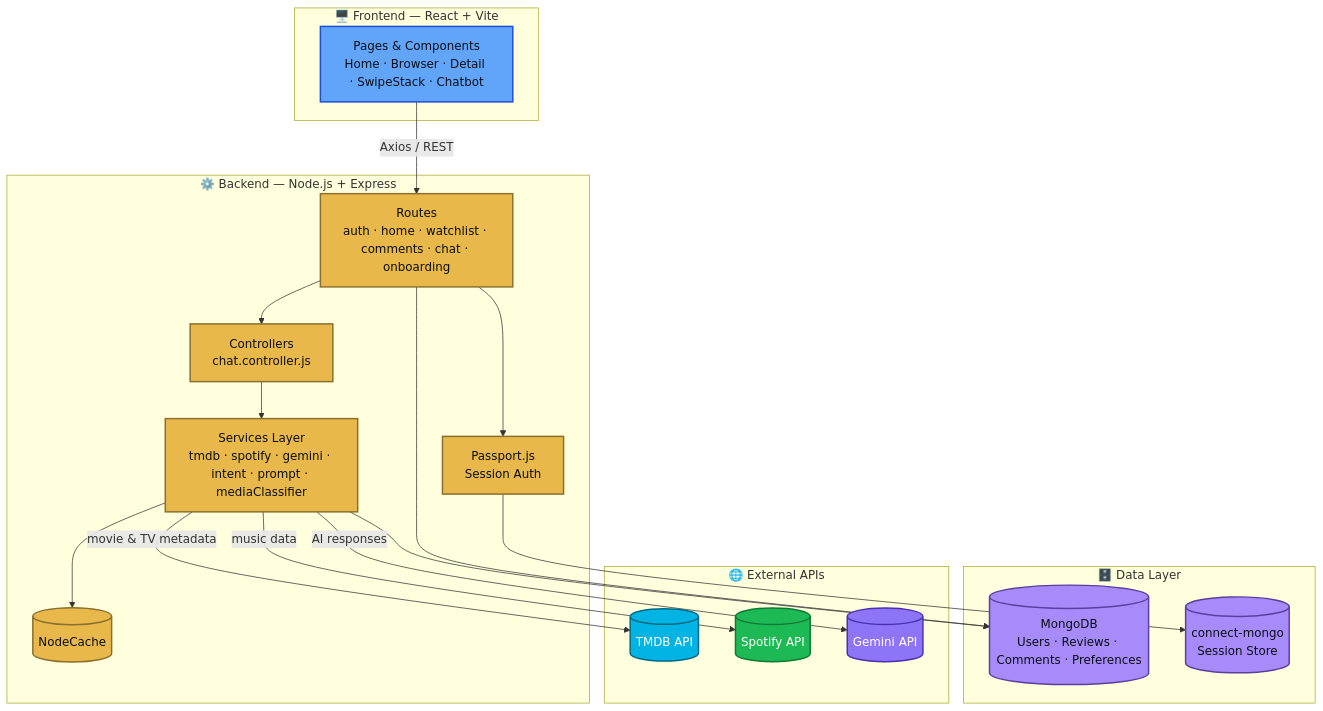
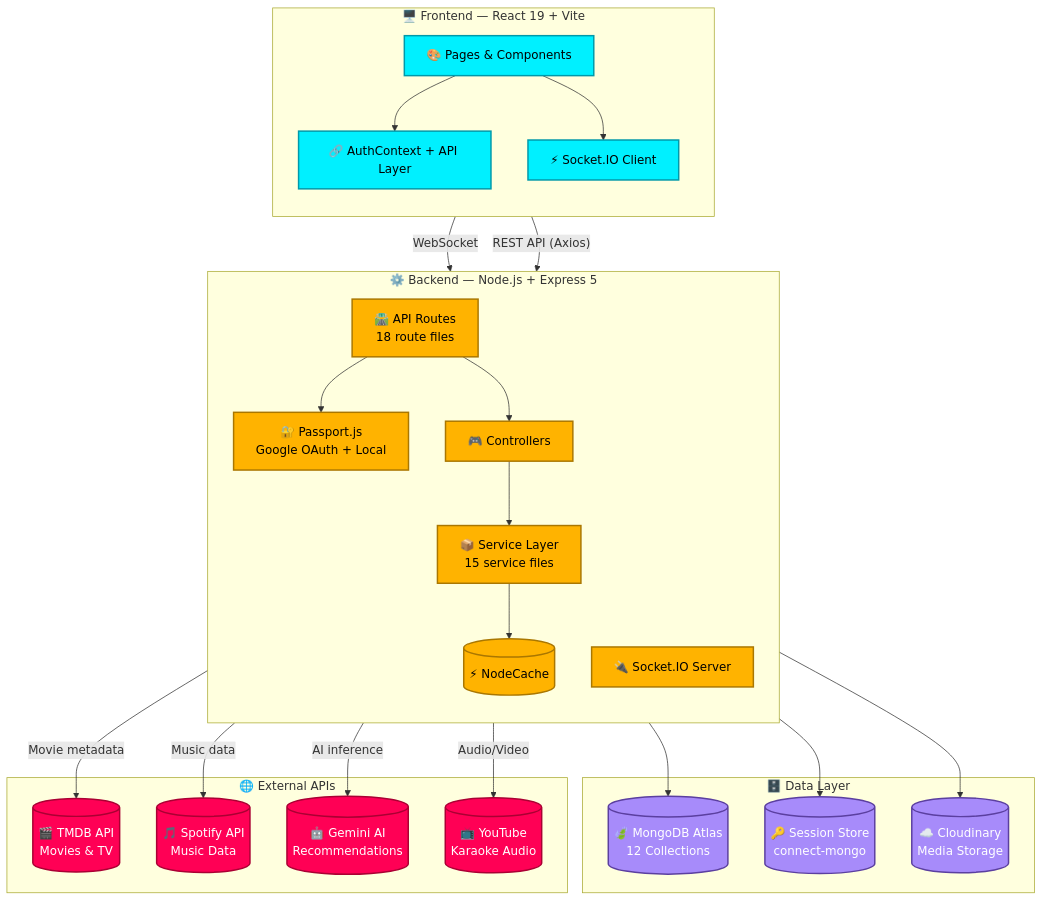
One commit to shiva122019/WatchVerse changed the first of 4 diagrams in readme.md. Above: the diagram before and after it, drawn with Mermaid. The commit also changed other lines of this file, not shown here.

Commit message:
docs: complete README rewrite with animated badges, mermaid diagrams, and comprehensive feature docs

````diff
--- a/readme.md
+++ b/readme.md
@@ -117,51 +235,58 @@
 ```mermaid
 flowchart TD
-    subgraph Client["🖥️ Frontend — React + Vite"]
-        UI["Pages & Components<br/>Home · Browser · Detail · SwipeStack · Chatbot"]
+    subgraph Client["🖥️ Frontend — React 19 + Vite"]
+        direction TB
+        UI["🎨 Pages & Components"]
+        Context["🔗 AuthContext + API Layer"]
+        Realtime["⚡ Socket.IO Client"]
+        UI --> Context
+        UI --> Realtime
     end
 
-    subgraph Server["⚙️ Backend — Node.js + Express"]
-        Routes["Routes<br/>auth · home · watchlist · comments · chat · onboarding"]
-        Auth["Passport.js<br/>Session Auth"]
-        Ctrl["Controllers<br/>chat.controller.js"]
-        Services["Services Layer<br/>tmdb · spotify · gemini · intent · prompt · mediaClassifier"]
-        Cache[("NodeCache")]
+    subgraph Server["⚙️ Backend — Node.js + Express 5"]
+        direction TB
+        Routes["🛣️ API Routes<br/>18 route files"]
+        Auth["🔐 Passport.js<br/>Google OAuth + Local"]
+        Controllers["🎮 Controllers"]
+        Services["📦 Service Layer<br/>15 service files"]
+        Cache[("⚡ NodeCache")]
+        SocketServer["🔌 Socket.IO Server"]
     end
 
     subgraph Data["🗄️ Data Layer"]
-        Mongo[("MongoDB<br/>Users · Reviews · Comments · Preferences")]
-        SessionStore[("connect-mongo<br/>Session Store")]
+        Mongo[("🍃 MongoDB Atlas<br/>12 Collections")]
+        Sessions[("🔑 Session Store<br/>connect-mongo")]
+        Cloud[("☁️ Cloudinary<br/>Media Storage")]
     end
 
     subgraph External["🌐 External APIs"]
-        TMDB[("TMDB API")]
-        Spotify[("Spotify API")]
-        Gemini[("Gemini API")]
+        TMDB[("🎬 TMDB API<br/>Movies & TV")]
+        Spotify[("🎵 Spotify API<br/>Music Data")]
+        Gemini[("🤖 Gemini AI<br/>Recommendations")]
+        YouTube[("📺 YouTube<br/>Karaoke Audio")]
     end
 
-    UI -- "Axios / REST" --> Routes
+    Client -- "REST API (Axios)" --> Routes
+    Realtime -- "WebSocket" --> SocketServer
     Routes --> Auth
-    Routes --> Ctrl
-    Ctrl --> Services
-    Auth --> SessionStore
+    Routes --> Controllers
+    Controllers --> Services
+    Auth --> Sessions
     Services --> Cache
     Services --> Mongo
-    Services -- "movie & TV metadata" --> TMDB
-    Services -- "music data" --> Spotify
-    Services -- "AI responses" --> Gemini
-    Routes --> Mongo
+    Services --> Cloud
+    Services -- "Movie metadata" --> TMDB
+    Services -- "Music data" --> Spotify
+    Services -- "AI inference" --> Gemini
+    Services -- "Audio/Video" --> YouTube
 
-    classDef client fill:#60a5fa,stroke:#1d4ed8,stroke-width:2px,color:#0b0e14
-    classDef server fill:#e8b84b,stroke:#8a6f2e,stroke-width:2px,color:#0b0e14
-    classDef data fill:#a78bfa,stroke:#5b3fa0,stroke-width:2px,color:#0b0e14
-    classDef tmdb fill:#01b4e4,stroke:#016a86,stroke-width:2px,color:#ffffff
-    classDef spotify fill:#1db954,stroke:#0f7a34,stroke-width:2px,color:#ffffff
-    classDef gemini fill:#8e75f7,stroke:#4c2fb0,stroke-width:2px,color:#ffffff
+    classDef client fill:#00F0FF,stroke:#0099AA,stroke-width:2px,color:#000
+    classDef server fill:#FFB300,stroke:#AA7700,stroke-width:2px,color:#000
+    classDef data fill:#a78bfa,stroke:#5b3fa0,stroke-width:2px,color:#fff
+    classDef external fill:#FF0055,stroke:#AA0033,stroke-width:2px,color:#fff
 
-    class UI client
-    class Routes,Auth,Ctrl,Services,Cache server
-    class Mongo,SessionStore data
-    class TMDB tmdb
-    class Spotify spotify
-    class Gemini gemini
+    class UI,Context,Realtime client
+    class Routes,Auth,Controllers,Services,Cache,SocketServer server
+    class Mongo,Sessions,Cloud data
+    class TMDB,Spotify,Gemini,YouTube external
 ```
````
